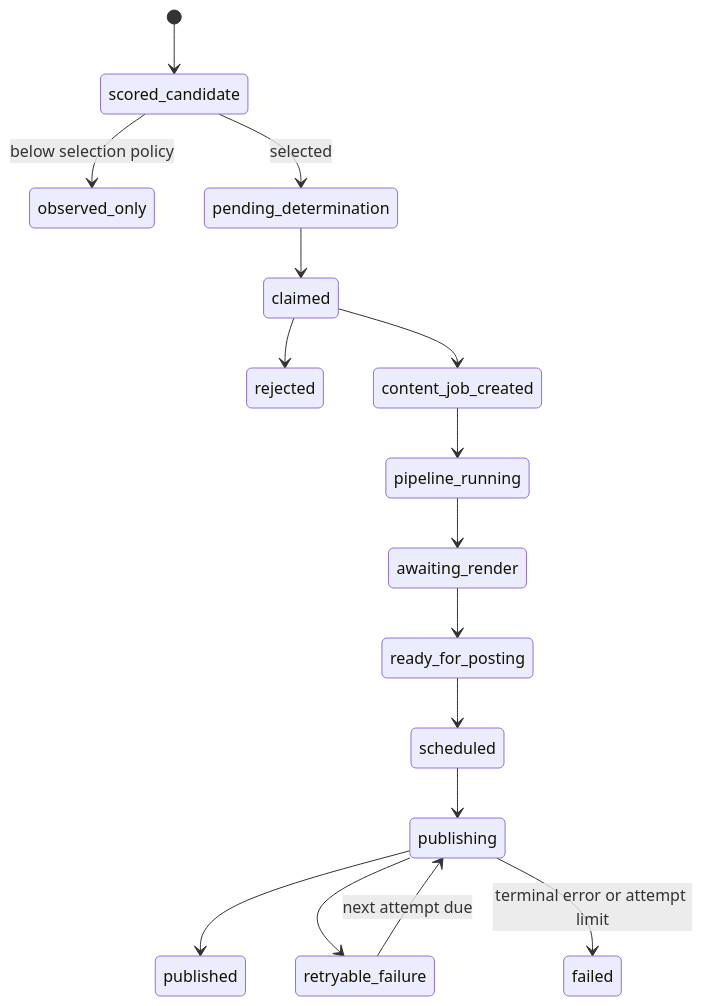
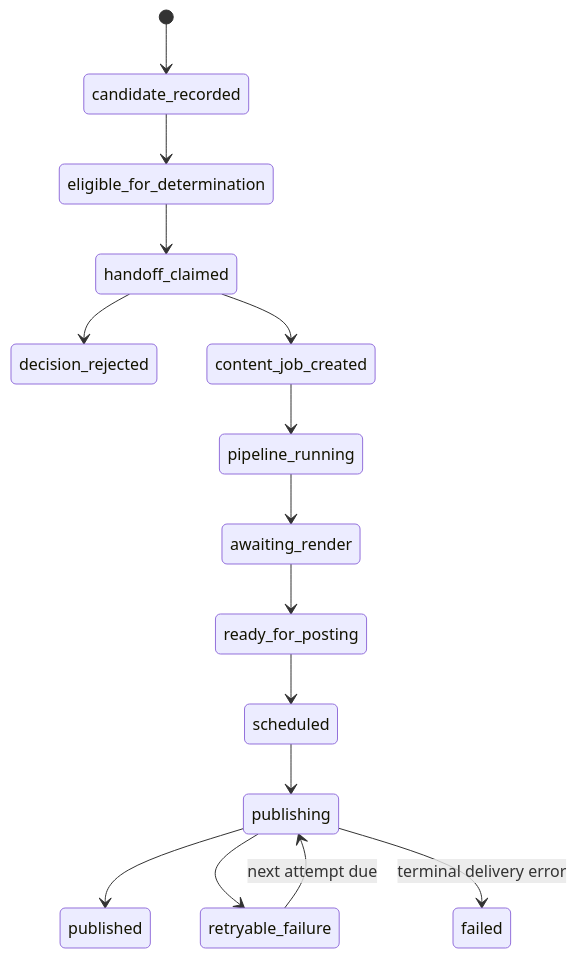
One commit to orderpizza/content_factory changed the third of 3 diagrams in docs/system-flow.md. Above: the diagram before and after it, drawn with Mermaid. The commit also changed other lines of this file and 7 other files, not shown here.

````diff
--- a/docs/system-flow.md
+++ b/docs/system-flow.md
@@ -102,18 +72,17 @@
 ```mermaid
 stateDiagram-v2
-    [*] --> scored_candidate
-    scored_candidate --> observed_only: below selection policy
-    scored_candidate --> pending_determination: selected
-    pending_determination --> claimed
-    claimed --> rejected
-    claimed --> content_job_created
+    [*] --> candidate_recorded
+    candidate_recorded --> eligible_for_determination
+    eligible_for_determination --> handoff_claimed
+    handoff_claimed --> decision_rejected
+    handoff_claimed --> content_job_created
     content_job_created --> pipeline_running
     pipeline_running --> awaiting_render
     awaiting_render --> ready_for_posting
     ready_for_posting --> scheduled
     scheduled --> publishing
     publishing --> published
     publishing --> retryable_failure
     retryable_failure --> publishing: next attempt due
-    publishing --> failed: terminal error or attempt limit
+    publishing --> failed: terminal delivery error
 ```
````
